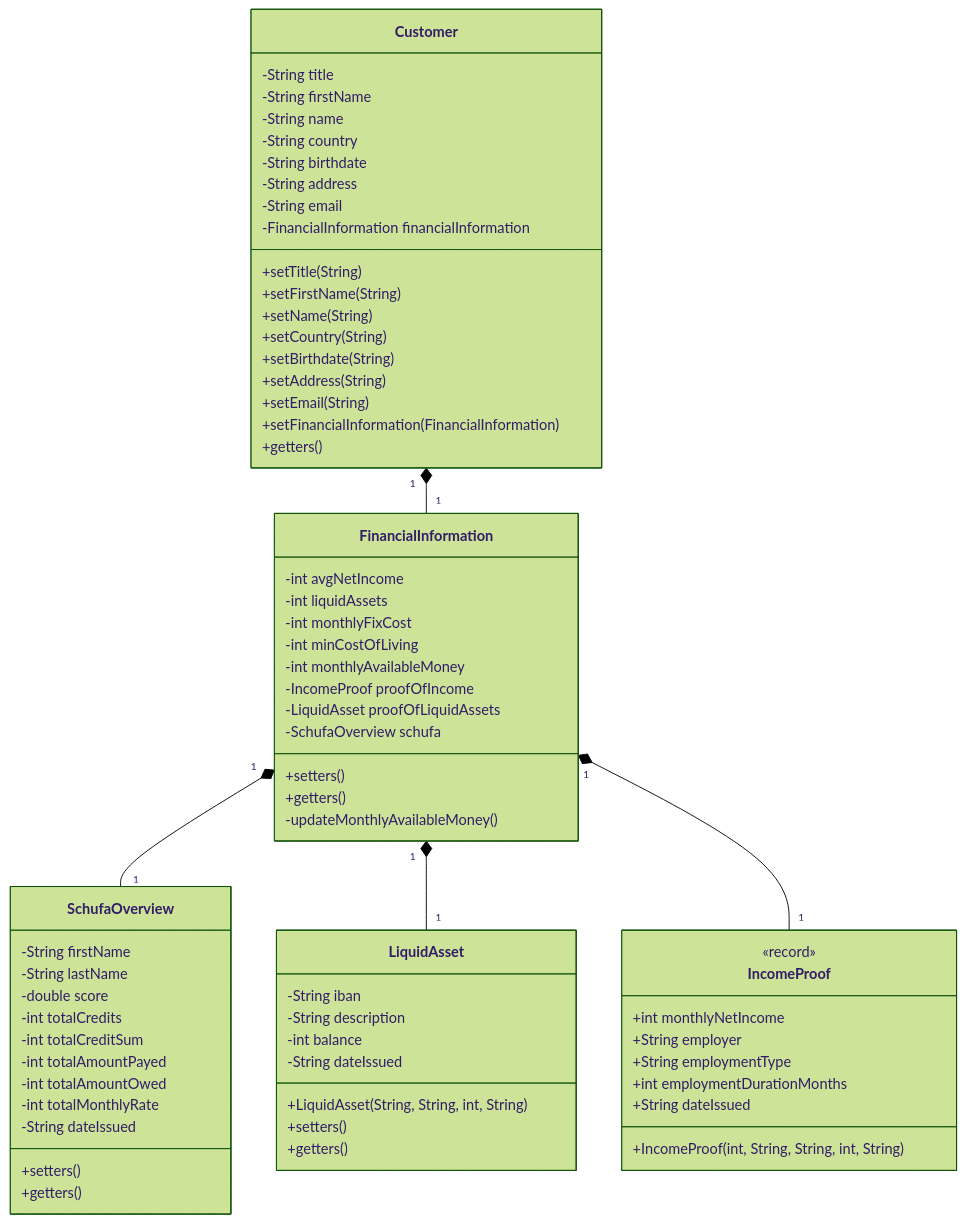
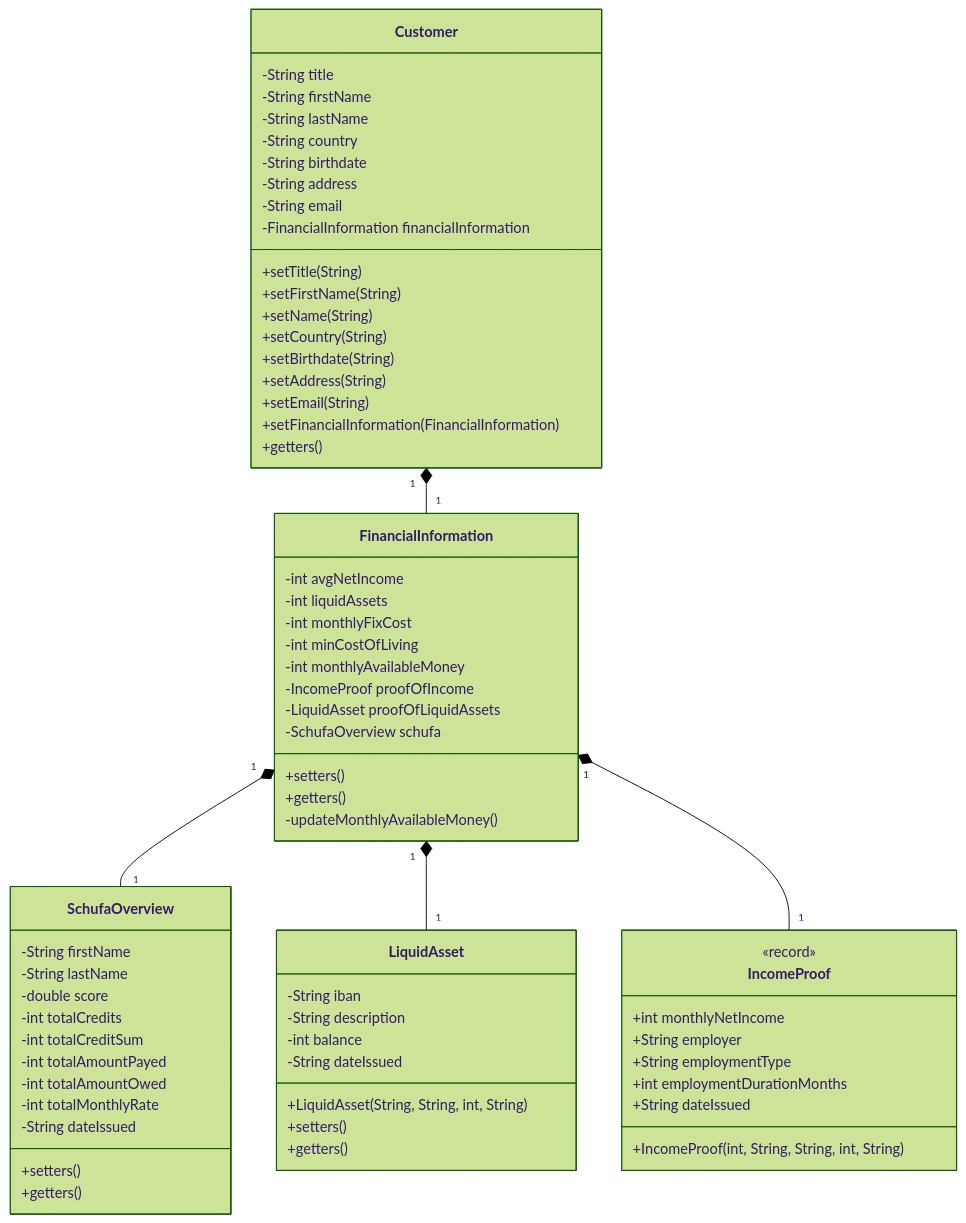
Before and after one commit to Foxi2024/ATdIT_ProjectGroup1: the second of 5 diagrams in DEVELOPER_DOC.md, drawn with Mermaid (forest theme). The commit also changed 29 other files, not shown here.

````diff
--- a/DEVELOPER_DOC.md
+++ b/DEVELOPER_DOC.md
@@ -172,75 +172,75 @@
 ```mermaid
 classDiagram
     class Customer {
         -String title
         -String firstName
-        -String name
+        -String lastName
         -String country
         -String birthdate
         -String address
         -String email
         -FinancialInformation financialInformation
         +setTitle(String)
         +setFirstName(String)
         +setName(String)
         +setCountry(String)
         +setBirthdate(String)
         +setAddress(String)
         +setEmail(String)
         +setFinancialInformation(FinancialInformation)
         +getters()
     }
 
     class FinancialInformation {
         -int avgNetIncome
         -int liquidAssets
         -int monthlyFixCost
         -int minCostOfLiving
         -int monthlyAvailableMoney
         -IncomeProof proofOfIncome
         -LiquidAsset proofOfLiquidAssets
         -SchufaOverview schufa
         +setters()
         +getters()
         -updateMonthlyAvailableMoney()
     }
 
     class IncomeProof {
         <<record>>
         +int monthlyNetIncome
         +String employer
         +String employmentType
         +int employmentDurationMonths
         +String dateIssued
         +IncomeProof(int, String, String, int, String)
     }
 
     class SchufaOverview {
         -String firstName
         -String lastName
         -double score
         -int totalCredits
         -int totalCreditSum
         -int totalAmountPayed
         -int totalAmountOwed
         -int totalMonthlyRate
         -String dateIssued
         +setters()
         +getters()
     }
 
     class LiquidAsset {
         -String iban
         -String description
         -int balance
         -String dateIssued
         +LiquidAsset(String, String, int, String)
         +setters()
         +getters()
     }
 
     Customer "1" *-- "1" FinancialInformation
     FinancialInformation "1" *-- "1" SchufaOverview
     FinancialInformation "1" *-- "1" LiquidAsset
     FinancialInformation "1" *-- "1" IncomeProof
 ```
````
